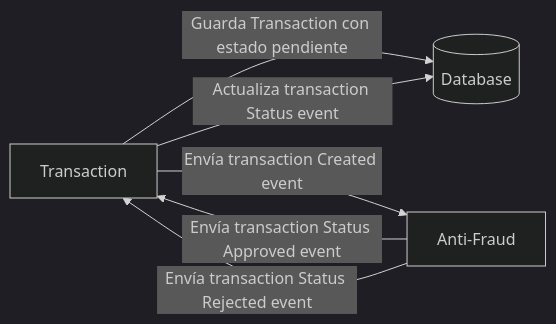
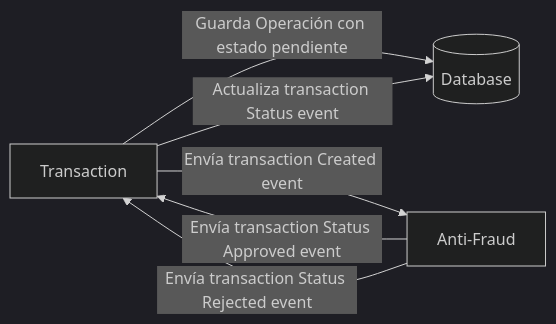
Before and after one commit to Interbank-Comercial-MDC/java-code-challenge: the diagram in README.md, drawn with Mermaid (dark theme).

````diff
--- a/README.md
+++ b/README.md
@@ -24,8 +24,8 @@
 ```mermaid
   flowchart LR
-    Transaction -- Guarda Transaction con estado pendiente --> transactionDatabase[(Database)]
+    Transaction -- Guarda Operación con estado pendiente --> transactionDatabase[(Database)]
     Transaction --Envía transaction Created event--> Anti-Fraud
     Anti-Fraud -- Envía transaction Status Approved event--> Transaction
     Anti-Fraud -- Envía transaction Status Rejected event--> Transaction
     Transaction -- Actualiza transaction Status event--> transactionDatabase[(Database)]
 ```
````
